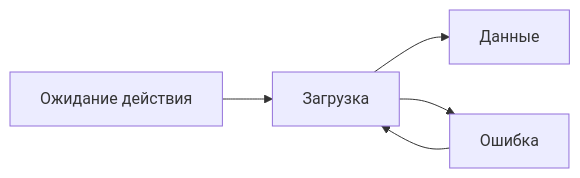
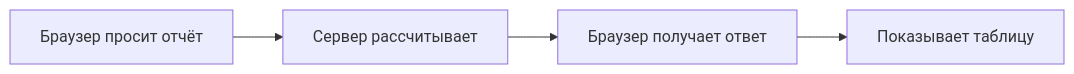
Before and after one commit to NBog19/Fullstack-Engineering-Roadmap: the diagram in 01_Basics/02_JavaScript/05_Async.md, drawn with Mermaid. The commit also changed other lines of this file and 10 other files, not shown here.

````diff
--- a/01_Basics/02_JavaScript/05_Async.md
+++ b/01_Basics/02_JavaScript/05_Async.md
@@ -51,7 +11,6 @@
-```mermaid
+~~~mermaid
 flowchart LR
-    A[Ожидание действия] --> B[Загрузка]
-    B --> C[Данные]
-    B --> D[Ошибка]
-    D --> B
-```
+ A[Браузер просит отчёт] --> B[Сервер рассчитывает]
+ B --> C[Браузер получает ответ]
+ C --> D[Показывает таблицу]
+~~~
````
